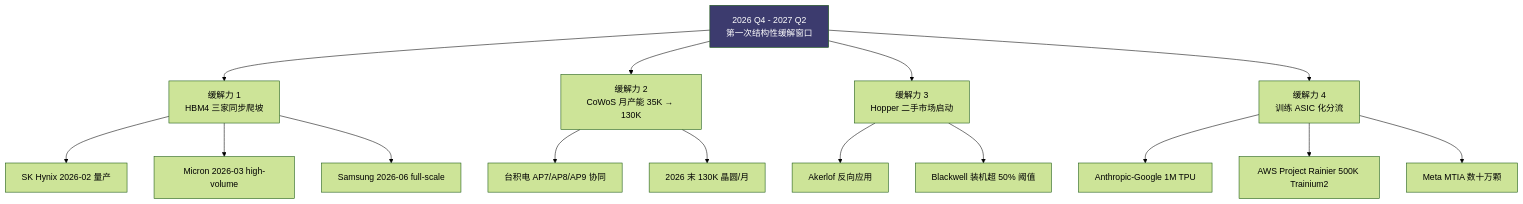
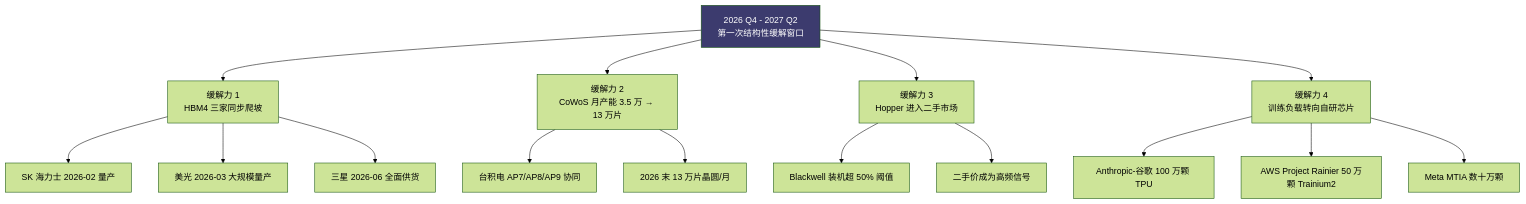
The first of 4 diagrams in book/12-2027-inflection/README.md (diguike/book-compute-economics), drawn with Mermaid (forest theme) before and after one commit. The commit also changed other lines of this file and 33 other files, not shown here.

````diff
--- a/book/12-2027-inflection/README.md
+++ b/book/12-2027-inflection/README.md
@@ -30,23 +33,23 @@
 ```mermaid
 graph TD
     A[2026 Q4 - 2027 Q2<br/>第一次结构性缓解窗口] --> B[缓解力 1<br/>HBM4 三家同步爬坡]
-    A --> C[缓解力 2<br/>CoWoS 月产能 35K → 130K]
-    A --> D[缓解力 3<br/>Hopper 二手市场启动]
-    A --> E[缓解力 4<br/>训练 ASIC 化分流]
+    A --> C[缓解力 2<br/>CoWoS 月产能 3.5 万 → 13 万片]
+    A --> D[缓解力 3<br/>Hopper 进入二手市场]
+    A --> E[缓解力 4<br/>训练负载转向自研芯片]
 
-    B --> B1[SK Hynix 2026-02 量产]
-    B --> B2[Micron 2026-03 high-volume]
-    B --> B3[Samsung 2026-06 full-scale]
+    B --> B1[SK 海力士 2026-02 量产]
+    B --> B2[美光 2026-03 大规模量产]
+    B --> B3[三星 2026-06 全面供货]
 
     C --> C1[台积电 AP7/AP8/AP9 协同]
-    C --> C2[2026 末 130K 晶圆/月]
+    C --> C2[2026 末 13 万片晶圆/月]
 
-    D --> D1[Akerlof 反向应用]
-    D --> D2[Blackwell 装机超 50% 阈值]
+    D --> D1[Blackwell 装机超 50% 阈值]
+    D --> D2[二手价成为高频信号]
 
-    E --> E1[Anthropic-Google 1M TPU]
-    E --> E2[AWS Project Rainier 500K Trainium2]
+    E --> E1[Anthropic-谷歌 100 万颗 TPU]
+    E --> E2[AWS Project Rainier 50 万颗 Trainium2]
     E --> E3[Meta MTIA 数十万颗]
 
     style A fill:#3C3B6E,color:#fff
 ```
````
